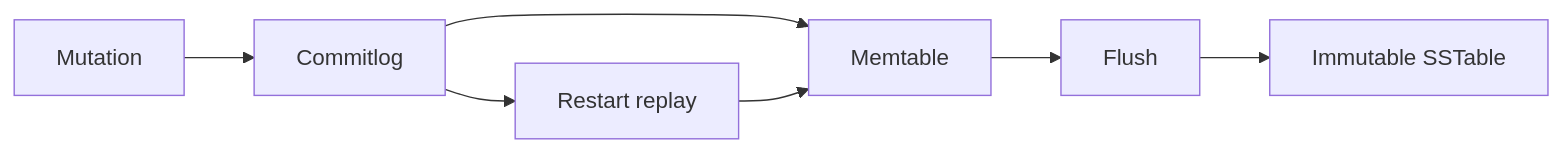
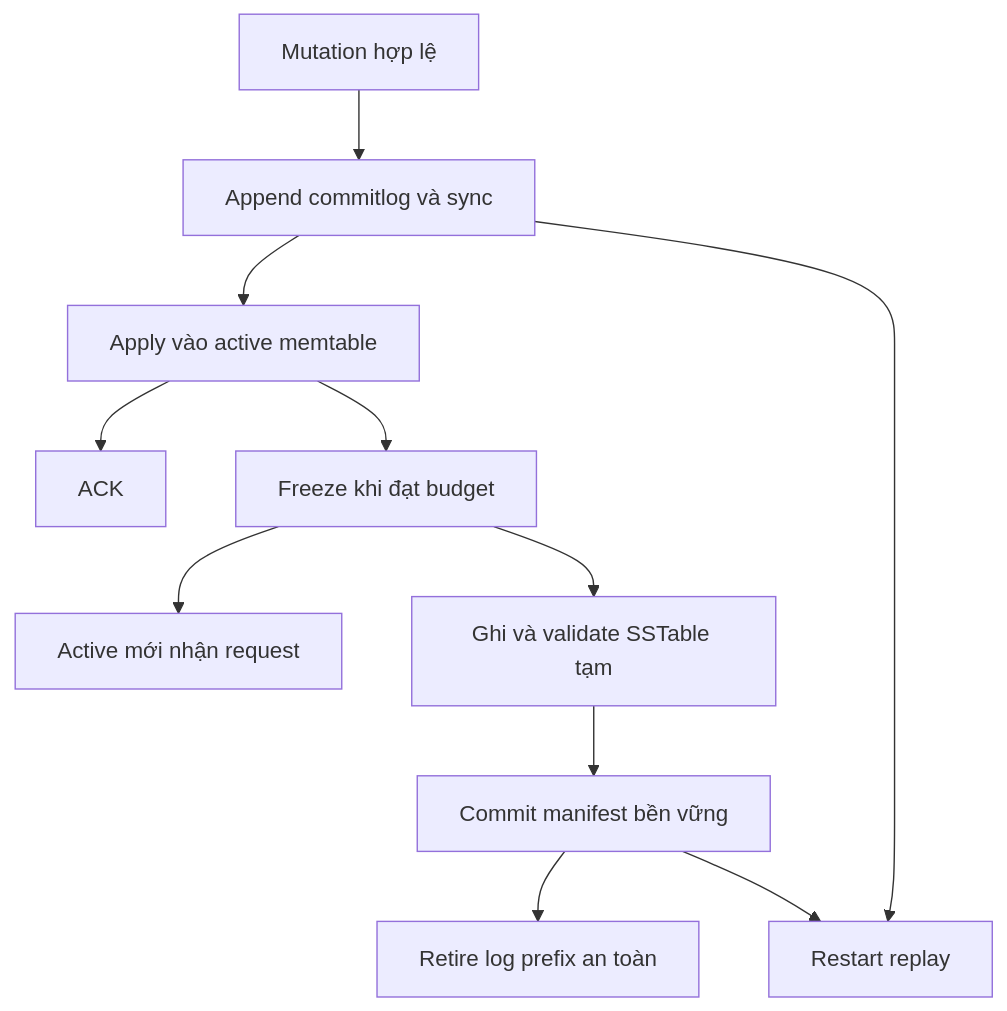
One commit to flynn3103/engineer-lab changed the first of 2 diagrams in scylla/reimplement/feature/02-commitlog-memtable-and-sstable.md. Above: the diagram before and after it, drawn with Mermaid. The commit also changed other lines of this file and 10 other files, not shown here.

````diff
--- a/scylla/reimplement/feature/02-commitlog-memtable-and-sstable.md
+++ b/scylla/reimplement/feature/02-commitlog-memtable-and-sstable.md
@@ -16,9 +132,13 @@
 ```mermaid
-flowchart LR
-    W[Mutation] --> L[Commitlog]
-    L --> M[Memtable]
-    M --> F[Flush]
-    F --> S[Immutable SSTable]
-    L --> R[Restart replay]
-    R --> M
+flowchart TD
+    W[Mutation hợp lệ] --> L[Append commitlog và sync]
+    L --> M[Apply vào active memtable]
+    M --> A[ACK]
+    M --> F[Freeze khi đạt budget]
+    F --> N[Active mới nhận request]
+    F --> T[Ghi và validate SSTable tạm]
+    T --> P[Commit manifest bền vững]
+    P --> R[Retire log prefix an toàn]
+    L --> C[Restart replay]
+    P --> C
 ```
````
